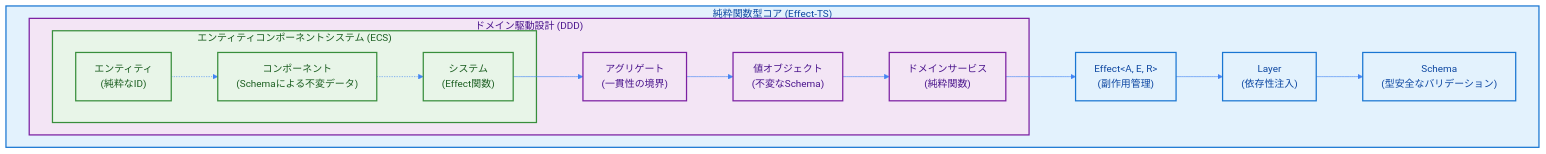
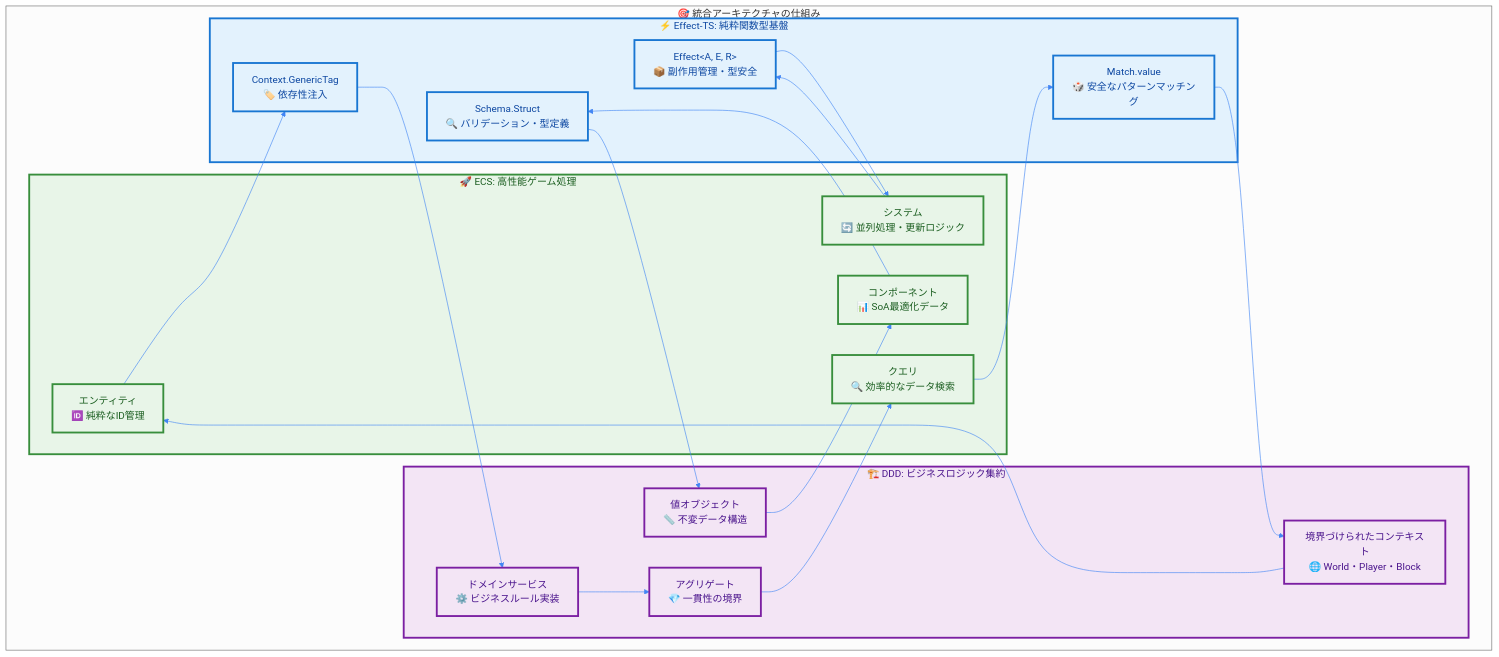
The first of 3 diagrams in docs/01-architecture/00-overall-design.md (takeokunn/ts-minecraft), drawn with Mermaid before and after one commit. The commit also changed other lines of this file and 106 other files, not shown here.

````diff
--- a/docs/01-architecture/00-overall-design.md
+++ b/docs/01-architecture/00-overall-design.md
@@ -31,38 +129,50 @@
 ```mermaid
 %%{init: {"theme": "neutral", "themeVariables": {"primaryColor": "#4285f4", "primaryTextColor": "#ffffff", "primaryBorderColor": "#ffffff", "lineColor": "#4285f4", "sectionBkgColor": "#f5f7fa", "tertiaryColor": "#f5f7fa"}}}%%
 graph TD
-    subgraph EffectTS ["純粋関数型コア (Effect-TS)"]
-        subgraph DDD ["ドメイン駆動設計 (DDD)"]
-            subgraph ECS ["エンティティコンポーネントシステム (ECS)"]
-                Entity["エンティティ<br/>(純粋なID)"]
-                Component["コンポーネント<br/>(Schemaによる不変データ)"]
-                System["システム<br/>(Effect関数)"]
-            end
-
-            Aggregate["アグリゲート<br/>(一貫性の境界)"]
-            ValueObject["値オブジェクト<br/>(不変なSchema)"]
-            DomainService["ドメインサービス<br/>(純粋関数)"]
+    subgraph Integration ["🎯 統合アーキテクチャの仕組み"]
+        subgraph EffectTS ["⚡ Effect-TS: 純粋関数型基盤"]
+            EffectCore["Effect&lt;A, E, R&gt;<br/>📦 副作用管理・型安全"]
+            Schema["Schema.Struct<br/>🔍 バリデーション・型定義"]
+            Context["Context.GenericTag<br/>🏷️ 依存性注入"]
+            Match["Match.value<br/>🎲 安全なパターンマッチング"]
         end
 
-        EffectCore["Effect&lt;A, E, R&gt;<br/>(副作用管理)"]
-        Layer["Layer<br/>(依存性注入)"]
-        Schema["Schema<br/>(型安全なバリデーション)"]
+        subgraph DDD ["🏗️ DDD: ビジネスロジック集約"]
+            BoundedContext["境界づけられたコンテキスト<br/>🌐 World・Player・Block"]
+            Aggregate["アグリゲート<br/>💎 一貫性の境界"]
+            ValueObject["値オブジェクト<br/>📏 不変データ構造"]
+            DomainService["ドメインサービス<br/>⚙️ ビジネスルール実装"]
+        end
+
+        subgraph ECS ["🚀 ECS: 高性能ゲーム処理"]
+            Entity["エンティティ<br/>🆔 純粋なID管理"]
+            Component["コンポーネント<br/>📊 SoA最適化データ"]
+            System["システム<br/>🔄 並列処理・更新ロジック"]
+            Query["クエリ<br/>🔍 効率的なデータ検索"]
+        end
     end
 
-    Entity -.-> Component
-    Component -.-> System
-    System --> Aggregate
-    Aggregate --> ValueObject
-    ValueObject --> DomainService
-    DomainService --> EffectCore
-    EffectCore --> Layer
-    Layer --> Schema
+    %% 統合の流れ
+    Schema --> ValueObject
+    Context --> DomainService
+    Match --> BoundedContext
+    EffectCore --> System
 
-    classDef effectBox fill:#e3f2fd,stroke:#1976d2,stroke-width:2px,color:#0d47a1
-    classDef dddBox fill:#f3e5f5,stroke:#7b1fa2,stroke-width:2px,color:#4a148c
-    classDef ecsBox fill:#e8f5e8,stroke:#388e3c,stroke-width:2px,color:#1b5e20
+    ValueObject --> Component
+    DomainService --> Aggregate
+    BoundedContext --> Entity
+    Aggregate --> Query
 
-    class EffectTS,EffectCore,Layer,Schema effectBox
-    class DDD,Aggregate,ValueObject,DomainService dddBox
-    class ECS,Entity,Component,System ecsBox
+    System --> EffectCore
+    Component --> Schema
+    Entity --> Context
+    Query --> Match
+
+    classDef effectBox fill:#e3f2fd,stroke:#1976d2,stroke-width:3px,color:#0d47a1
+    classDef dddBox fill:#f3e5f5,stroke:#7b1fa2,stroke-width:3px,color:#4a148c
+    classDef ecsBox fill:#e8f5e8,stroke:#388e3c,stroke-width:3px,color:#1b5e20
+
+    class EffectTS,EffectCore,Schema,Context,Match effectBox
+    class DDD,BoundedContext,Aggregate,ValueObject,DomainService dddBox
+    class ECS,Entity,Component,System,Query ecsBox
 ```
````
